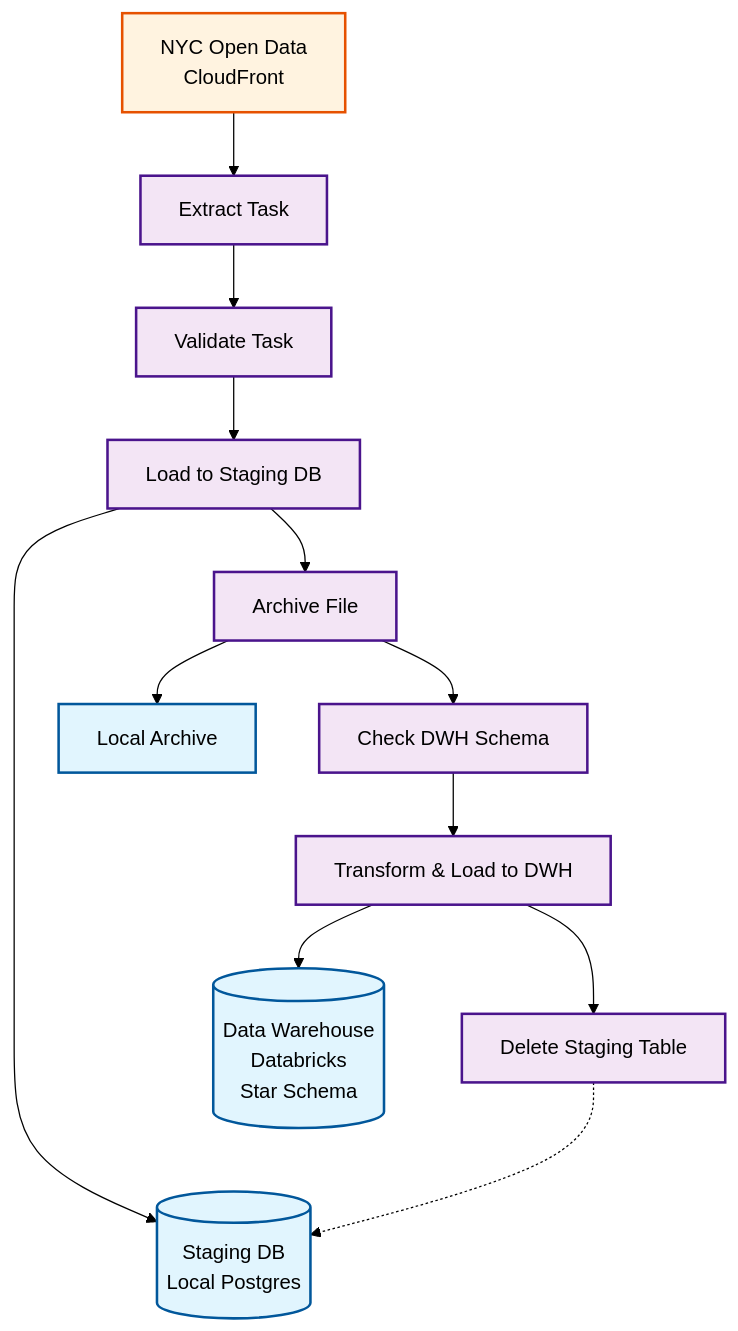
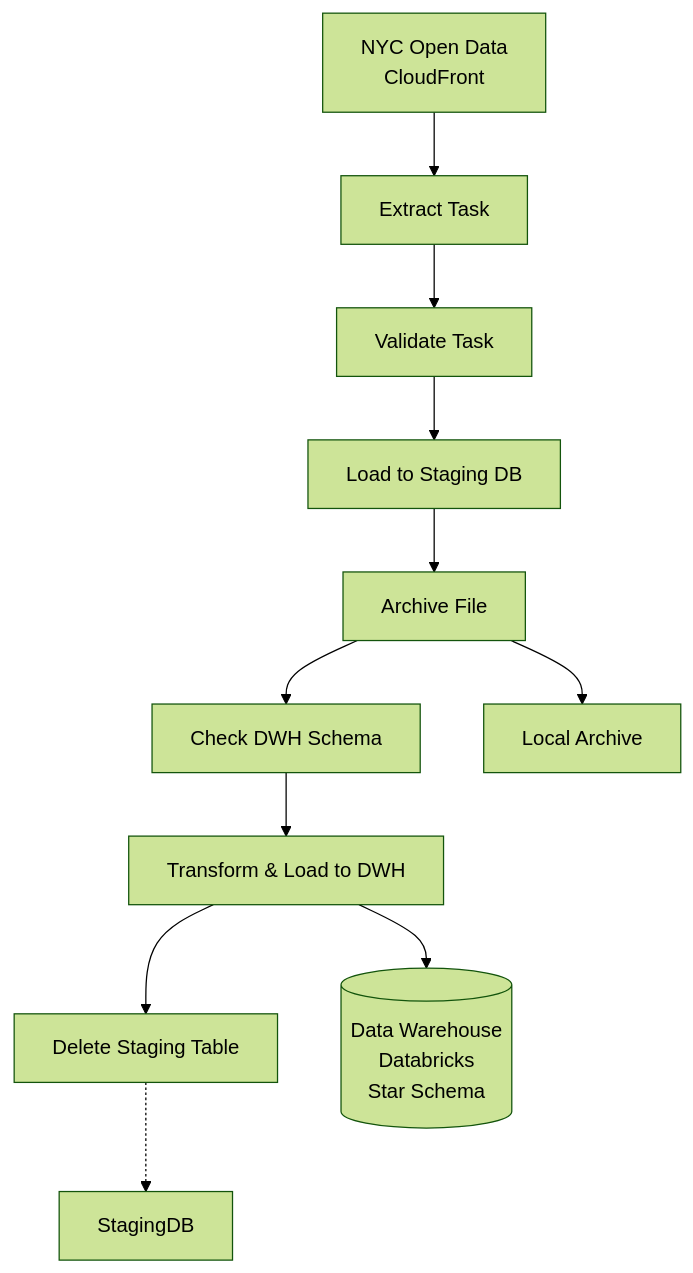
The diagram in README.md (Hamza-Bouali/TAXI_BI), drawn with Mermaid (forest theme) before and after one commit.

````diff
--- a/README.md
+++ b/README.md
@@ -20,23 +20,16 @@
 ```mermaid
 graph TD
     Source[NYC Open Data<br/>CloudFront] --> Extract[Extract Task]
     Extract --> Validate[Validate Task]
     Validate --> LoadStaging[Load to Staging DB]
     LoadStaging --> Archive[Archive File]
     Archive --> CheckSchema[Check DWH Schema]
     CheckSchema --> LoadDWH[Transform & Load to DWH]
     LoadDWH --> Cleanup[Delete Staging Table]
     
-    LoadStaging --> StagingDB[(Staging DB<br/>Local Postgres)]
     LoadDWH --> DWH[(Data Warehouse<br/>Databricks<br/>Star Schema)]
     Archive --> LocalStorage[Local Archive]
     Cleanup -.-> StagingDB
 
-    classDef storage fill:#e1f5fe,stroke:#01579b,stroke-width:2px;
-    classDef process fill:#f3e5f5,stroke:#4a148c,stroke-width:2px;
-    classDef source fill:#fff3e0,stroke:#e65100,stroke-width:2px;
-
-    class Source source;
-    class Extract,Validate,LoadStaging,Archive,CheckSchema,LoadDWH,Cleanup process;
-    class StagingDB,DWH,LocalStorage storage;
+    
 ```
````
